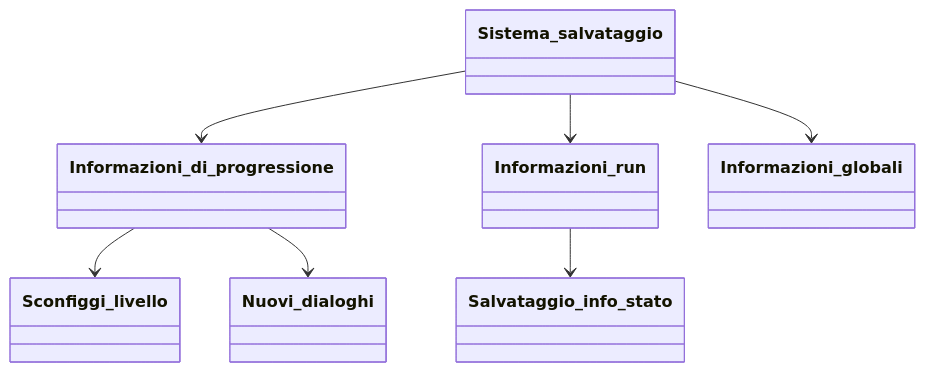
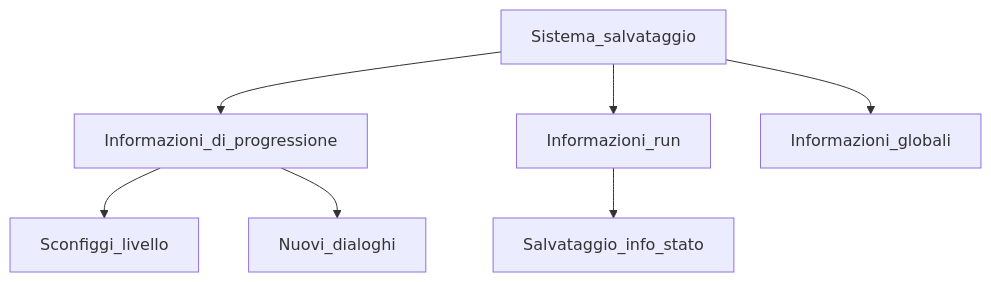
The diagram in docs/Sistema_salvataggio.md (Franziska02/BastalonDocs), drawn with Mermaid before and after one commit. The commit also changed 4 other files, not shown here.

First line of the commit message:
Modifiche diagrammi

````diff
--- a/docs/Sistema_salvataggio.md
+++ b/docs/Sistema_salvataggio.md
@@ -2,9 +2,9 @@
 ```mermaid
-classDiagram
+flowchart TD
     Sistema_salvataggio--> Informazioni_di_progressione
     Informazioni_di_progressione --> Sconfiggi_livello
     Informazioni_di_progressione --> Nuovi_dialoghi
     Sistema_salvataggio --> Informazioni_run
     Informazioni_run --> Salvataggio_info_stato
     Sistema_salvataggio --> Informazioni_globali
 ```
````
